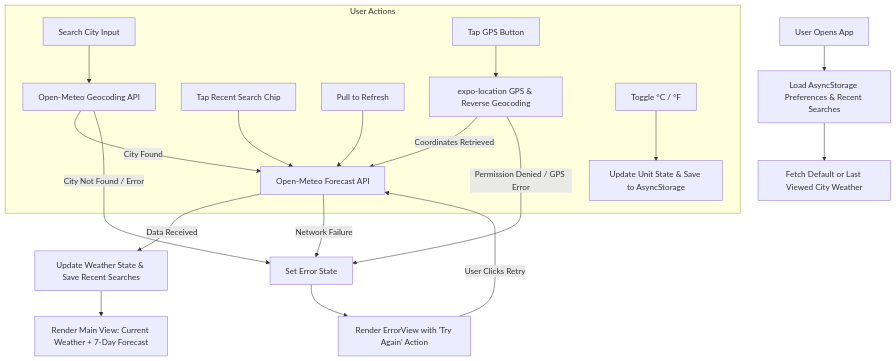
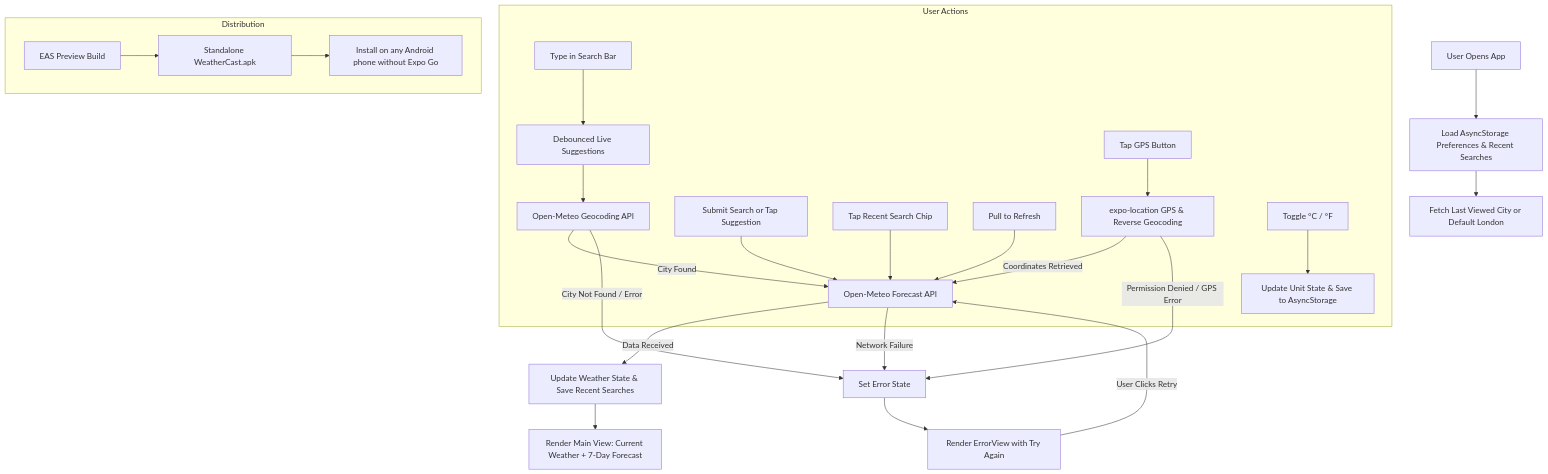
Before and after one commit to maithileekedare97-del/Weather-app: the diagram in README.md, drawn with Mermaid. The commit also changed other lines of this file, not shown here.

Commit message:
docs: sync README architecture, clone URL, and APK distribution with the app

````diff
--- a/README.md
+++ b/README.md
@@ -82,26 +79,33 @@
 ```mermaid
 graph TD
     A[User Opens App] --> B[Load AsyncStorage Preferences & Recent Searches]
-    B --> C[Fetch Default or Last Viewed City Weather]
-    
+    B --> C[Fetch Last Viewed City or Default London]
+
     subgraph User Actions
-        D1[Search City Input] --> E1[Open-Meteo Geocoding API]
-        D2[Tap Recent Search Chip] --> E2[Fetch Selected City Weather]
+        D1[Type in Search Bar] --> E0[Debounced Live Suggestions]
+        E0 --> E1[Open-Meteo Geocoding API]
+        D1b[Submit Search or Tap Suggestion] --> E2
+        D2[Tap Recent Search Chip] --> E2[Open-Meteo Forecast API]
         D3[Pull to Refresh] --> E2
         D4[Tap GPS Button] --> E3[expo-location GPS & Reverse Geocoding]
         D5[Toggle °C / °F] --> E4[Update Unit State & Save to AsyncStorage]
     end
 
-    E1 -->|City Found| E2[Open-Meteo Forecast API]
+    E1 -->|City Found| E2
     E1 -->|City Not Found / Error| F[Set Error State]
     E3 -->|Coordinates Retrieved| E2
     E3 -->|Permission Denied / GPS Error| F
 
     E2 -->|Data Received| G[Update Weather State & Save Recent Searches]
     E2 -->|Network Failure| F
 
-    F --> H[Render ErrorView with 'Try Again' Action]
+    F --> H[Render ErrorView with Try Again]
     H -->|User Clicks Retry| E2
 
     G --> I[Render Main View: Current Weather + 7-Day Forecast]
+
+    subgraph Distribution
+        J[EAS Preview Build] --> K[Standalone WeatherCast.apk]
+        K --> L[Install on any Android phone without Expo Go]
+    end
 ```
````
